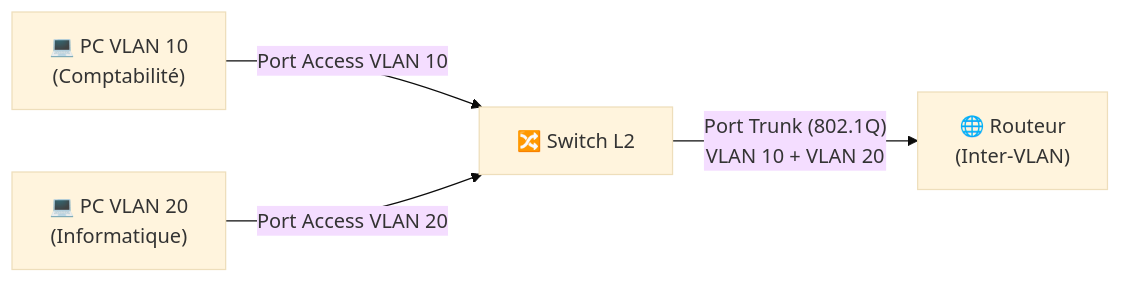
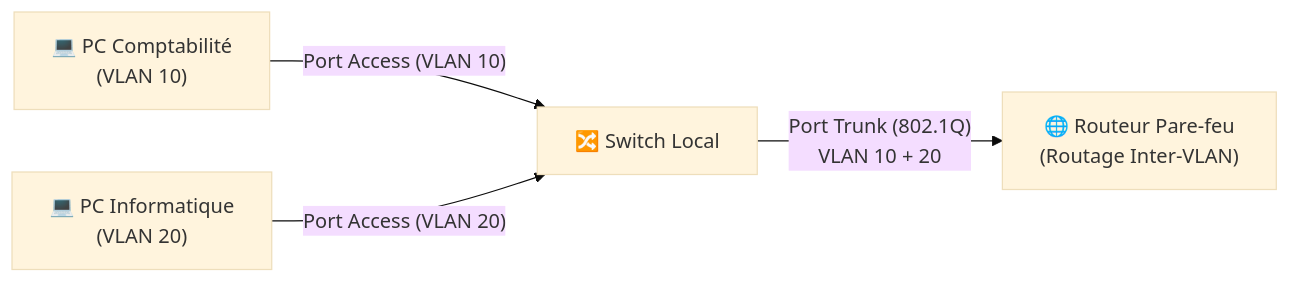
One commit to MontSekai/Documentations changed the diagram in docs/Reseau/vlan.md. Above: the diagram before and after it, drawn with Mermaid (base theme). The commit also changed other lines of this file and 50 other files, not shown here.

````diff
--- a/docs/Reseau/vlan.md
+++ b/docs/Reseau/vlan.md
@@ -30,11 +37,11 @@
 ```mermaid
 graph LR
-    PC1["💻 PC VLAN 10\n(Comptabilité)"]
-    PC2["💻 PC VLAN 20\n(Informatique)"]
-    SW["🔀 Switch L2"]
-    R["🌐 Routeur\n(Inter-VLAN)"]
+    PC1["💻 PC Comptabilité\n(VLAN 10)"]
+    PC2["💻 PC Informatique\n(VLAN 20)"]
+    SW["🔀 Switch Local"]
+    R["🌐 Routeur Pare-feu\n(Routage Inter-VLAN)"]
 
-    PC1 -- "Port Access VLAN 10" --> SW
-    PC2 -- "Port Access VLAN 20" --> SW
-    SW -- "Port Trunk (802.1Q)\nVLAN 10 + VLAN 20" --> R
+    PC1 -- "Port Access (VLAN 10)" --> SW
+    PC2 -- "Port Access (VLAN 20)" --> SW
+    SW -- "Port Trunk (802.1Q)\nVLAN 10 + 20" --> R
 ```
````
